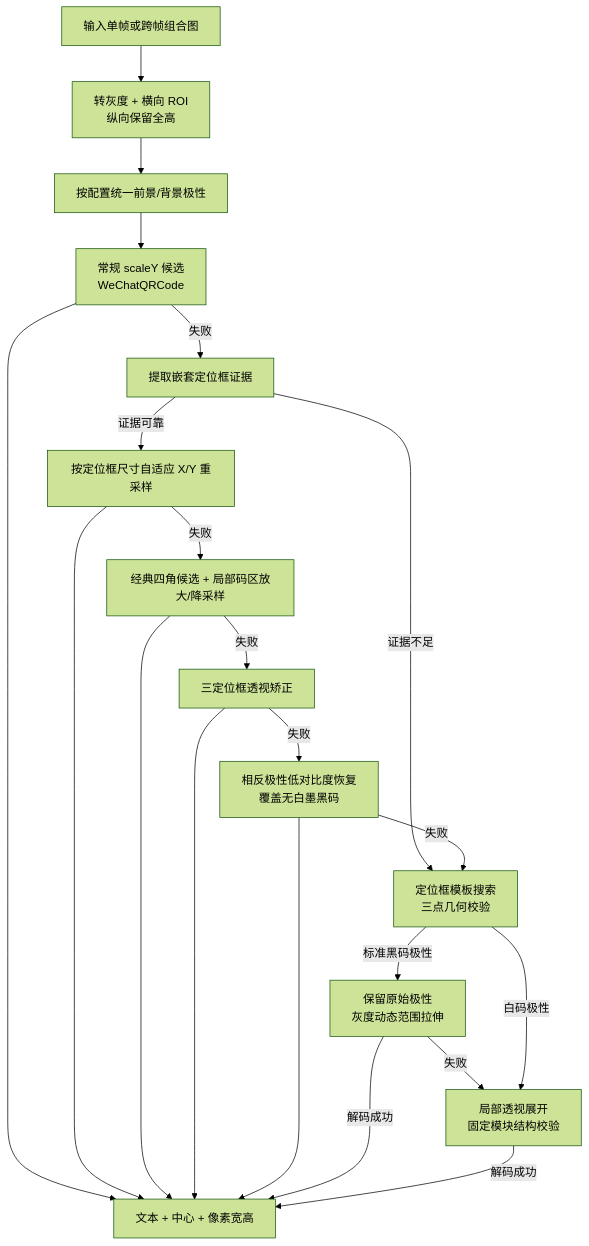
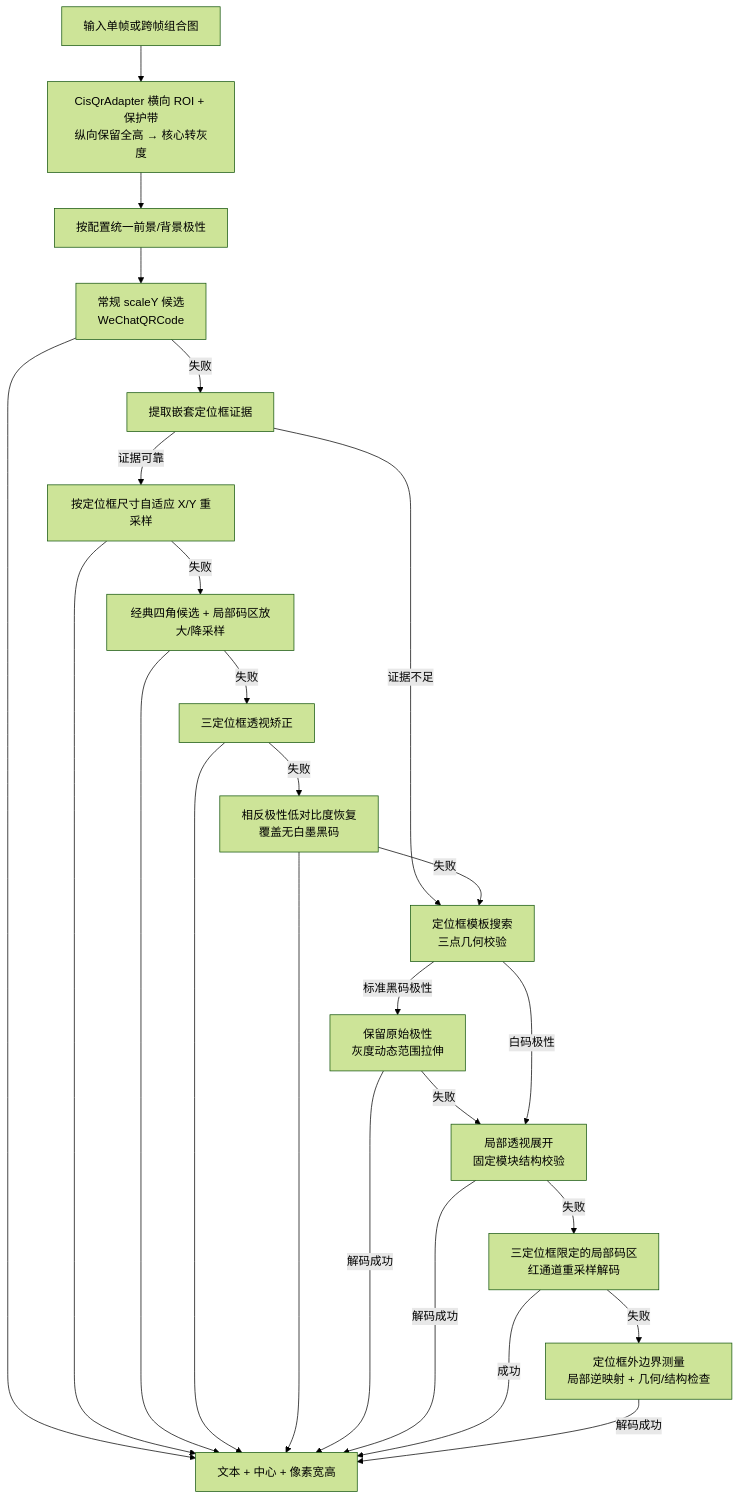
The third of 9 diagrams in 项目全局导航与开发指南.md (Kevin-ykg/CIS_WebInspector), drawn with Mermaid (forest theme) before and after one commit. The commit also changed other lines of this file and 93 other files, not shown here.

````diff
--- a/项目全局导航与开发指南.md
+++ b/项目全局导航与开发指南.md
@@ -287,23 +289,27 @@
 ```mermaid
 flowchart TD
-    A["输入单帧或跨帧组合图"] --> B["转灰度 + 横向 ROI<br/>纵向保留全高"]
+    A["输入单帧或跨帧组合图"] --> B["CisQrAdapter 横向 ROI + 保护带<br/>纵向保留全高 → 核心转灰度"]
     B --> C["按配置统一前景/背景极性"]
     C --> D["常规 scaleY 候选<br/>WeChatQRCode"]
     D -->|失败| E["提取嵌套定位框证据"]
     E -->|证据可靠| F["按定位框尺寸自适应 X/Y 重采样"]
     F -->|失败| G["经典四角候选 + 局部码区放大/降采样"]
     G -->|失败| H["三定位框透视矫正"]
     H -->|失败| I["相反极性低对比度恢复<br/>覆盖无白墨黑码"]
     E -->|证据不足| J["定位框模板搜索<br/>三点几何校验"]
     I -->|失败| J
     J -->|标准黑码极性| K["保留原始极性<br/>灰度动态范围拉伸"]
     K -->|失败| L["局部透视展开<br/>固定模块结构校验"]
     J -->|白码极性| L
     D --> M["文本 + 中心 + 像素宽高"]
     F --> M
     G --> M
     H --> M
     I --> M
     K -->|解码成功| M
     L -->|解码成功| M
+    L -->|失败| N["三定位框限定的局部码区<br/>红通道重采样解码"]
+    N -->|失败| O["定位框外边界测量<br/>局部逆映射 + 几何/结构检查"]
+    N -->|成功| M
+    O -->|解码成功| M
 ```
````
